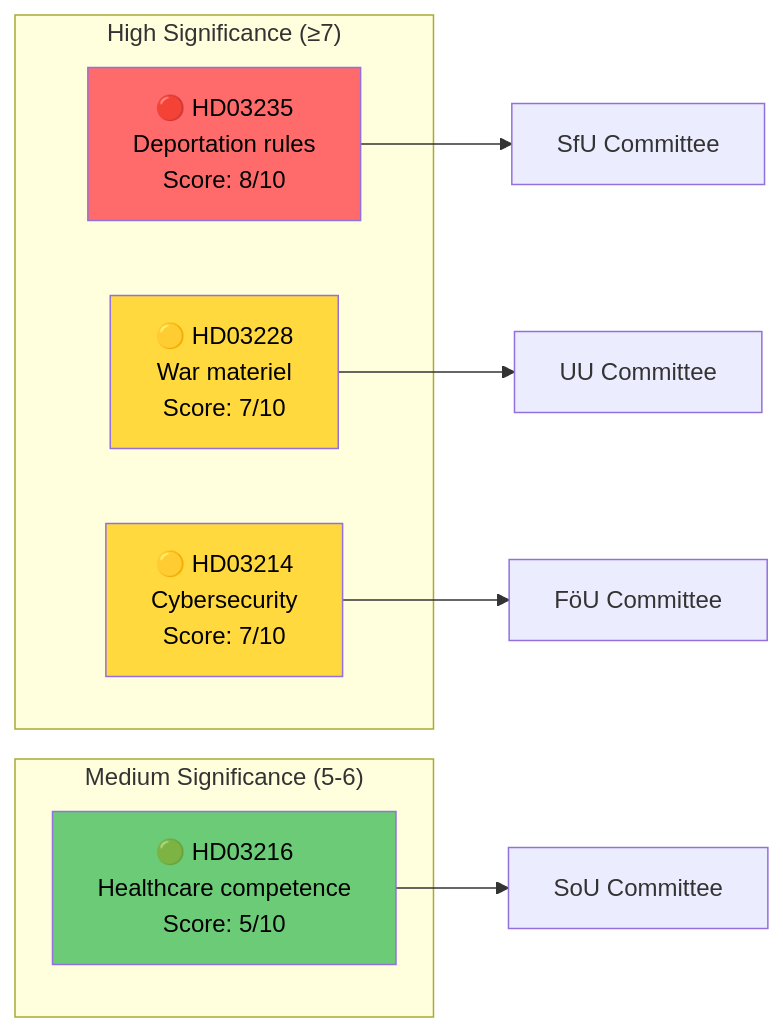
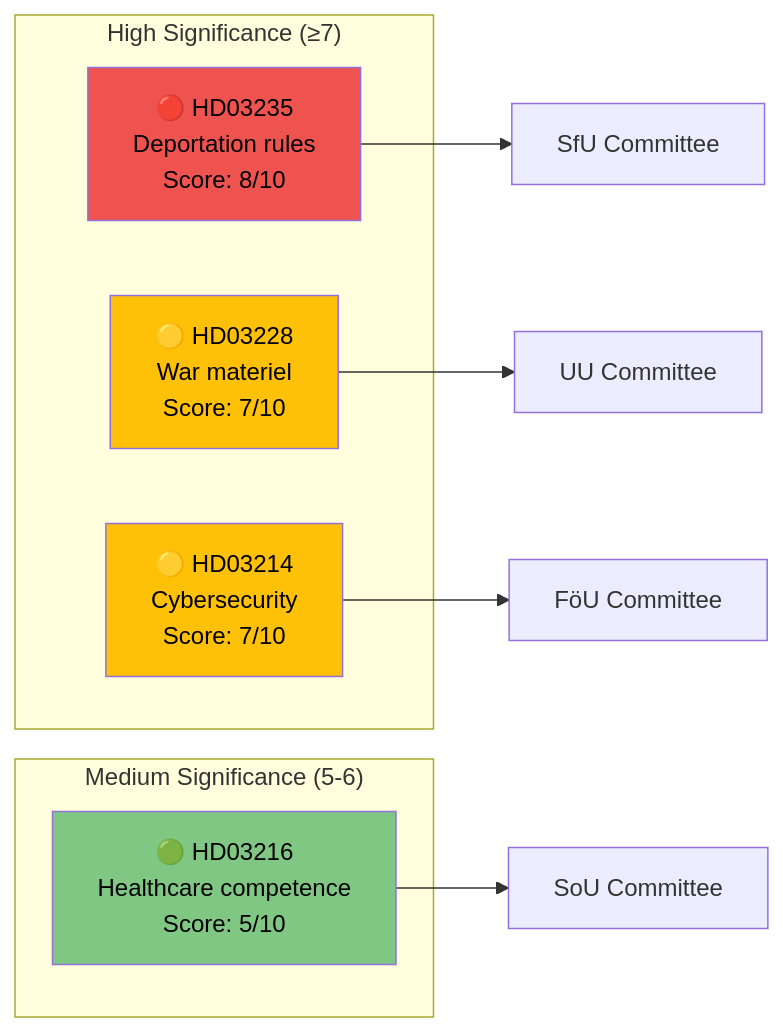
Before and after one commit to Hack23/riksdagsmonitor: the diagram in analysis/daily/2026-04-06/propositions/significance-scoring.md, drawn with Mermaid. The commit also changed 785 other files, not shown here.

First line of the commit message:
Normalize mermaid colors across 786 analysis artifacts to ISMS Style Guide palette

````diff
--- a/analysis/daily/2026-04-06/propositions/significance-scoring.md
+++ b/analysis/daily/2026-04-06/propositions/significance-scoring.md
@@ -12,19 +12,19 @@
 ```mermaid
 graph LR
     subgraph "High Significance (≥7)"
         HD03235["🔴 HD03235<br/>Deportation rules<br/>Score: 8/10"]
         HD03228["🟡 HD03228<br/>War materiel<br/>Score: 7/10"]
         HD03214["🟡 HD03214<br/>Cybersecurity<br/>Score: 7/10"]
     end
     subgraph "Medium Significance (5-6)"
         HD03216["🟢 HD03216<br/>Healthcare competence<br/>Score: 5/10"]
     end
     HD03235 --> SfU["SfU Committee"]
     HD03228 --> UU["UU Committee"]
     HD03214 --> FoU["FöU Committee"]
     HD03216 --> SoU["SoU Committee"]
-    style HD03235 fill:#ff6b6b,color:#000
-    style HD03228 fill:#ffd93d,color:#000
-    style HD03214 fill:#ffd93d,color:#000
-    style HD03216 fill:#6bcb77,color:#000
+    style HD03235 fill:#EF5350,color:#000000
+    style HD03228 fill:#FFC107,color:#000000
+    style HD03214 fill:#FFC107,color:#000000
+    style HD03216 fill:#81C784,color:#000000
 ```
````
